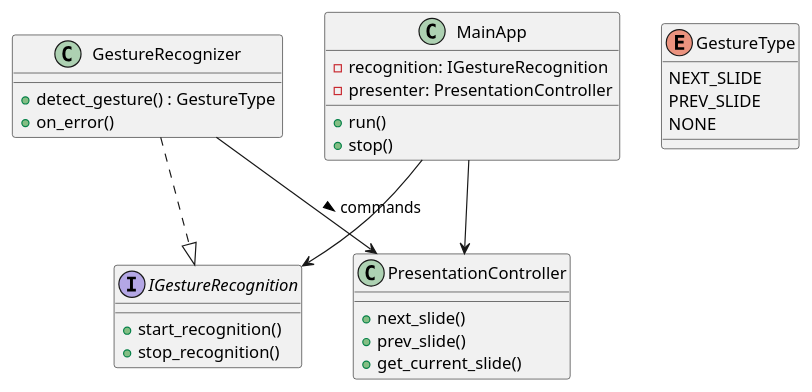
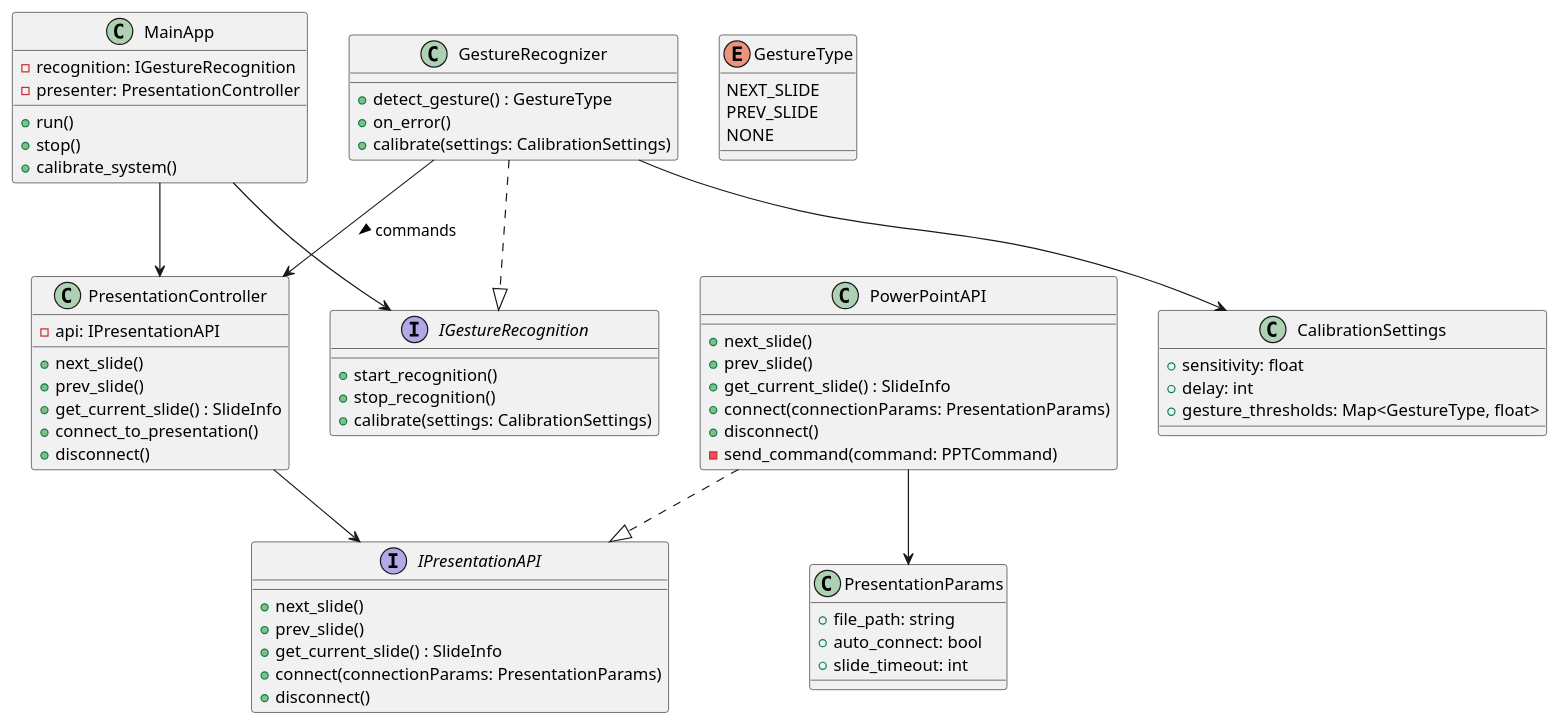
The second of 5 diagrams in README.md (MarinaVasilevaIVT/uml_diagrams_for_vkr), drawn with PlantUML before and after one commit. The commit also changed other lines of this file, not shown here.

````diff
--- a/README.md
+++ b/README.md
@@ -40,37 +46,76 @@
 ```uml
 @startuml
 interface IGestureRecognition {
   +start_recognition()
   +stop_recognition()
+  +calibrate(settings: CalibrationSettings)
 }
 
 class GestureRecognizer {
   +detect_gesture() : GestureType
   +on_error()
+  +calibrate(settings: CalibrationSettings)
 }
 GestureRecognizer ..|> IGestureRecognition
 
-class PresentationController {
+interface IPresentationAPI {
   +next_slide()
   +prev_slide()
-  +get_current_slide()
+  +get_current_slide() : SlideInfo
+  +connect(connectionParams: PresentationParams)
+  +disconnect()
+}
+
+class PowerPointAPI {
+  +next_slide()
+  +prev_slide()
+  +get_current_slide() : SlideInfo
+  +connect(connectionParams: PresentationParams)
+  +disconnect()
+  -send_command(command: PPTCommand)
+}
+PowerPointAPI ..|> IPresentationAPI
+
+class PresentationController {
+  -api: IPresentationAPI
+  +next_slide()
+  +prev_slide()
+  +get_current_slide() : SlideInfo
+  +connect_to_presentation()
+  +disconnect()
 }
 
 class MainApp {
   -recognition: IGestureRecognition
   -presenter: PresentationController
   +run()
   +stop()
+  +calibrate_system()
 }
 
 enum GestureType {
   NEXT_SLIDE
   PREV_SLIDE
   NONE
 }
 
+class CalibrationSettings {
+  +sensitivity: float
+  +delay: int
+  +gesture_thresholds: Map<GestureType, float>
+}
+
+class PresentationParams {
+  +file_path: string
+  +auto_connect: bool
+  +slide_timeout: int
+}
+
 MainApp --> IGestureRecognition
 MainApp --> PresentationController
+PresentationController --> IPresentationAPI
 GestureRecognizer --> PresentationController : commands >
+GestureRecognizer --> CalibrationSettings
+PowerPointAPI --> PresentationParams
 @enduml
 ```
````
